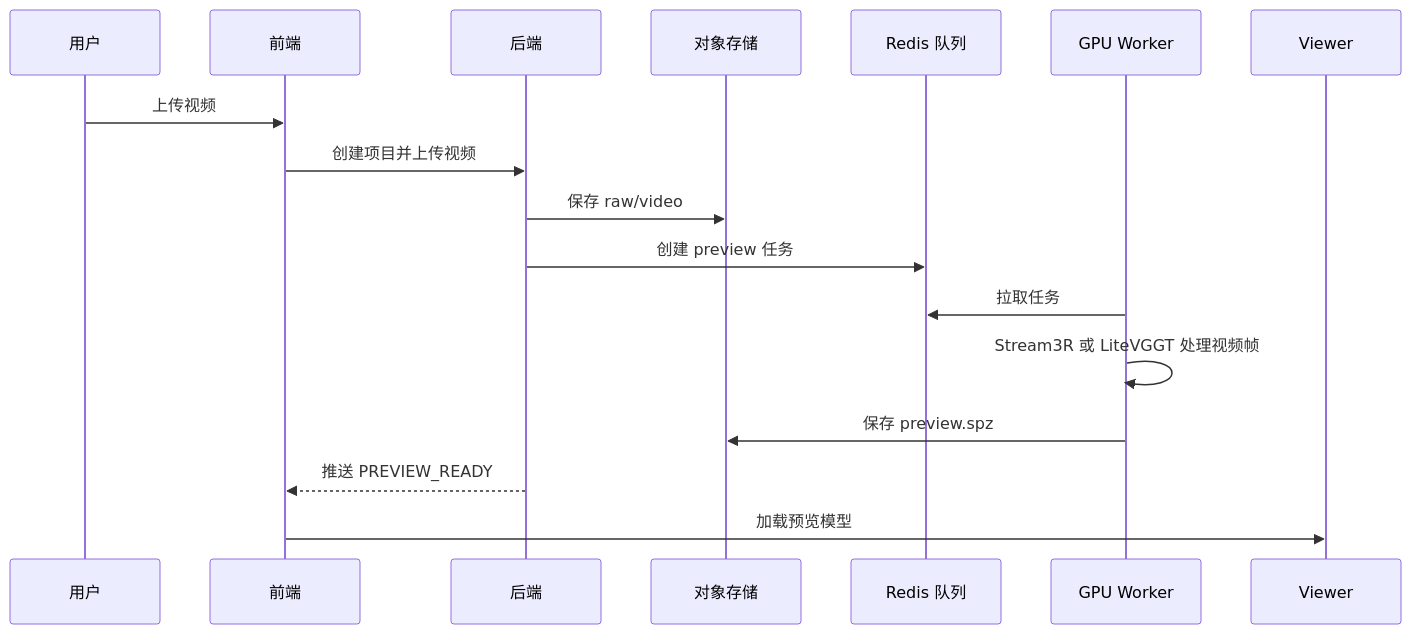
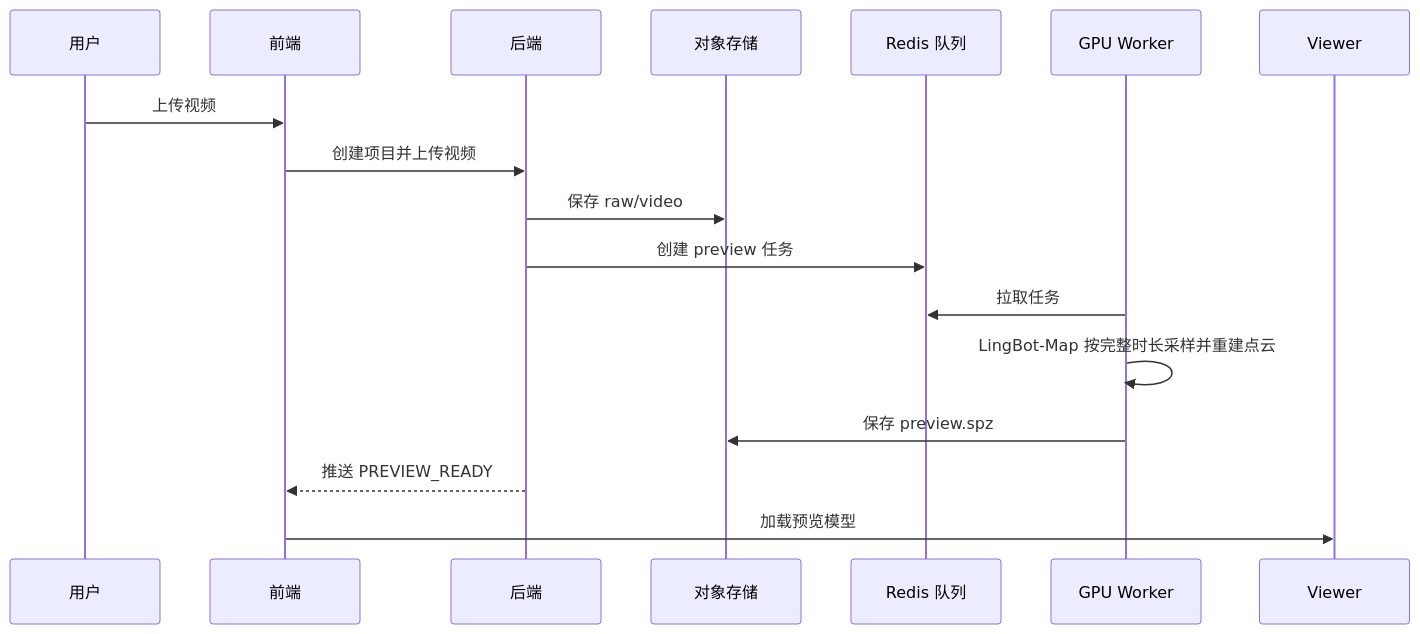
One commit to Braveliu66/codenew changed the second of 4 diagrams in doc/03-workflows-state.md. Above: the diagram before and after it, drawn with Mermaid. The commit also changed 35 other files, not shown here.

````diff
--- a/doc/03-workflows-state.md
+++ b/doc/03-workflows-state.md
@@ -58,20 +58,20 @@
 ```mermaid
 sequenceDiagram
     participant U as 用户
     participant FE as 前端
     participant API as 后端
     participant S3 as 对象存储
     participant Q as Redis 队列
     participant W as GPU Worker
     participant V as Viewer
 
     U->>FE: 上传视频
     FE->>API: 创建项目并上传视频
     API->>S3: 保存 raw/video
     API->>Q: 创建 preview 任务
     W->>Q: 拉取任务
-    W->>W: Stream3R 或 LiteVGGT 处理视频帧
+    W->>W: LingBot-Map 按完整时长采样并重建点云
     W->>S3: 保存 preview.spz
     API-->>FE: 推送 PREVIEW_READY
     FE->>V: 加载预览模型
 ```
````
